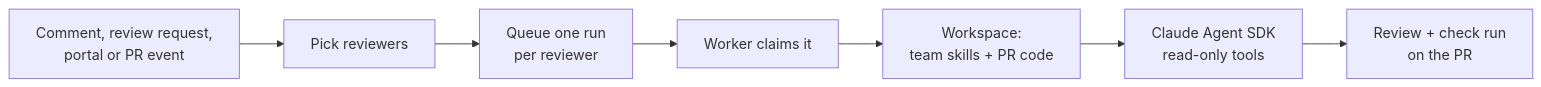
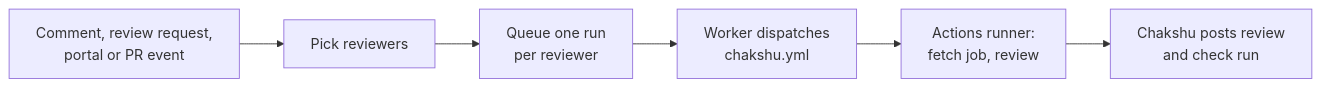
One commit to havelin-labs/chakshu-docs changed the diagram in docs/concepts/how-a-review-runs.md. Above: the diagram before and after it, drawn with Mermaid. The commit also changed other lines of this file and 13 other files, not shown here.

````diff
--- a/docs/concepts/how-a-review-runs.md
+++ b/docs/concepts/how-a-review-runs.md
@@ -3,9 +3,8 @@
 ```mermaid
 flowchart LR
   A[Comment, review request,<br/>portal or PR event] --> B[Pick reviewers]
   B --> C[Queue one run<br/>per reviewer]
-  C --> D[Worker claims it]
-  D --> E[Workspace:<br/>team skills + PR code]
-  E --> F[Claude Agent SDK<br/>read-only tools]
-  F --> G[Review + check run<br/>on the PR]
+  C --> D[Worker dispatches<br/>chakshu.yml]
+  D --> E[Actions runner:<br/>fetch job, review]
+  E --> F[Chakshu posts review<br/>and check run]
 ```
````
